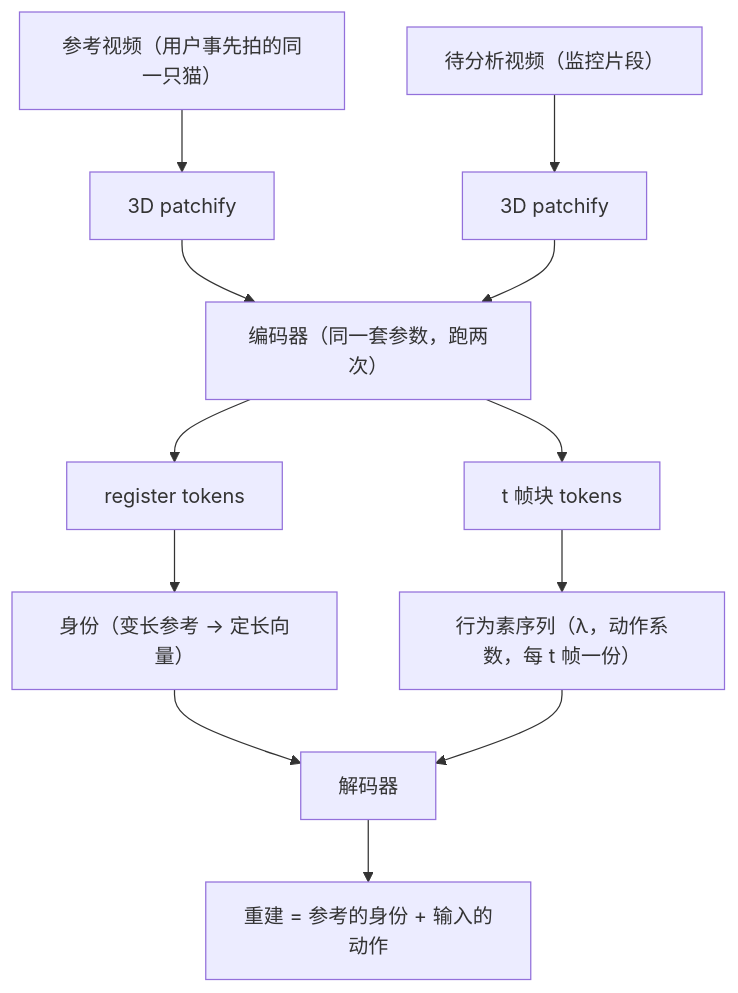
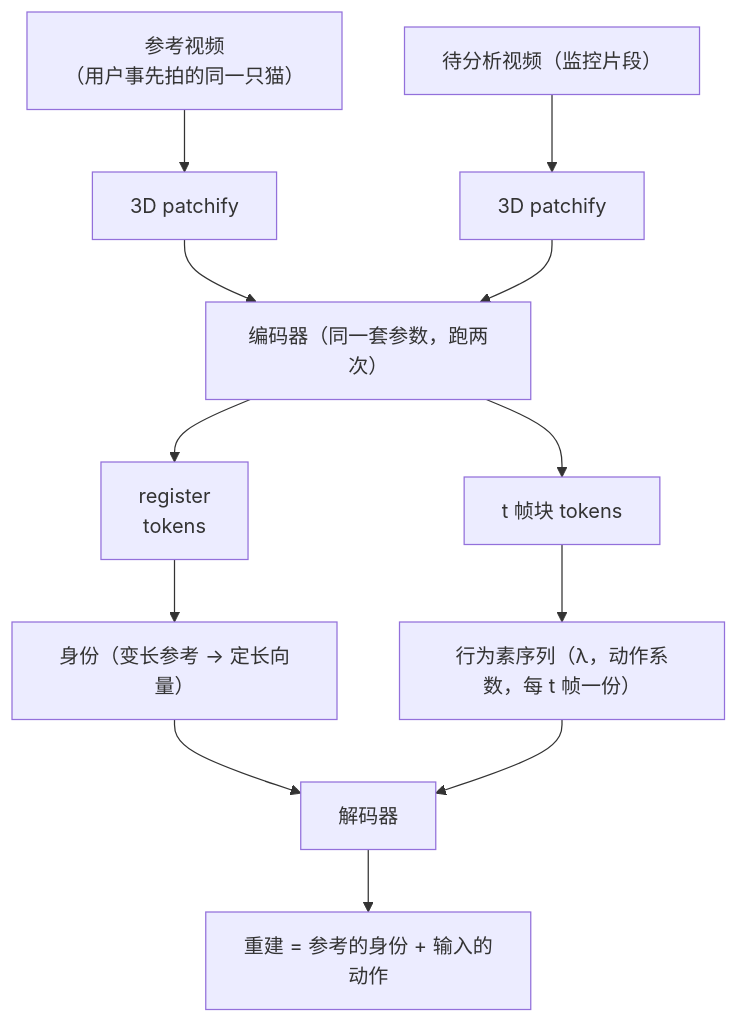
One commit to gongshangzheng/pet-action-recognition changed the second of 5 diagrams in management/docs/action-model-design.md. Above: the diagram before and after it, drawn with Mermaid. The commit also changed other lines of this file and 2 other files, not shown here.

Commit message:
docs: 术语纠正（TIV→身份潜变量、TV→行为素）+ Mermaid 标签主动换行（长标签加 <br/>，skill 写入「每行 ≤14 字」规则）

````diff
--- a/management/docs/action-model-design.md
+++ b/management/docs/action-model-design.md
@@ -210,14 +210,14 @@
 ```mermaid
 flowchart TB
-    REF["参考视频（用户事先拍的同一只猫）"] --> P1["3D patchify"]
+    REF["参考视频<br/>（用户事先拍的同一只猫）"] --> P1["3D patchify"]
     IN["待分析视频（监控片段）"] --> P2["3D patchify"]
     P1 --> ENC["编码器（同一套参数，跑两次）"]
     P2 --> ENC
-    ENC --> REG["register tokens"]
+    ENC --> REG["register<br/>tokens"]
     ENC --> TUB["t 帧块 tokens"]
     REG --> ID["身份（变长参考 → 定长向量）"]
     TUB --> LAM["行为素序列（λ，动作系数，每 t 帧一份）"]
     ID --> DEC["解码器"]
     LAM --> DEC
     DEC --> REC["重建 = 参考的身份 + 输入的动作"]
 ```
````
